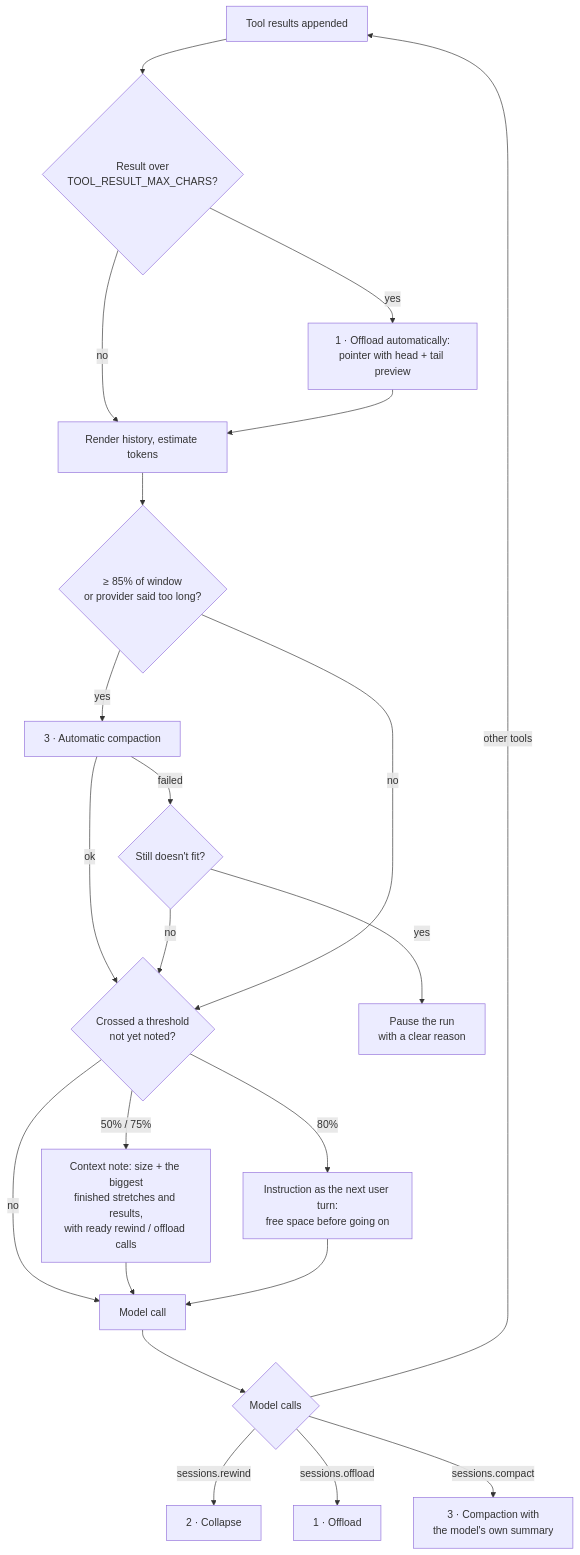
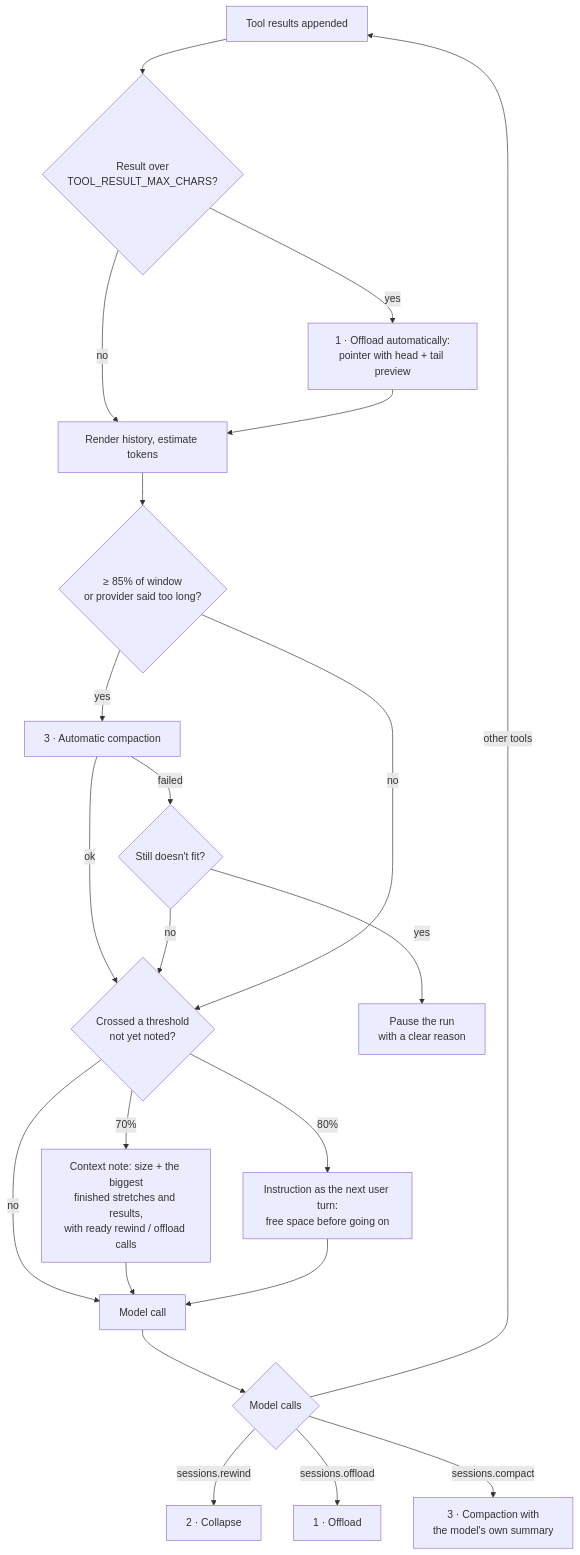
One commit to nemanjan00/meatless-proxy changed the seventh of 8 diagrams in CONTEXT.md. Above: the diagram before and after it, drawn with Mermaid. The commit also changed other lines of this file and 16 other files, not shown here.

````diff
--- a/CONTEXT.md
+++ b/CONTEXT.md
@@ -374,24 +398,24 @@
 ```mermaid
 flowchart TD
     A[Tool results appended] --> B{Result over<br/>TOOL_RESULT_MAX_CHARS?}
     B -- yes --> O1[1 · Offload automatically:<br/>pointer with head + tail preview]
     B -- no --> C
     O1 --> C[Render history, estimate tokens]
     C --> D{"≥ 85% of window<br/>or provider said too long?"}
     D -- yes --> E[3 · Automatic compaction]
     E -- ok --> F
     E -- failed --> G{Still doesn't fit?}
     G -- yes --> P[Pause the run<br/>with a clear reason]
     G -- no --> F
     D -- no --> F{Crossed a threshold<br/>not yet noted?}
-    F -- "50% / 75%" --> N[Context note: size + the biggest<br/>finished stretches and results,<br/>with ready rewind / offload calls]
+    F -- "70%" --> N[Context note: size + the biggest<br/>finished stretches and results,<br/>with ready rewind / offload calls]
     F -- "80%" --> NN[Instruction as the next user turn:<br/>free space before going on]
     F -- no --> M
     N --> M[Model call]
     NN --> M
     M --> T{Model calls}
     T -- "sessions.rewind" --> R[2 · Collapse]
     T -- "sessions.offload" --> O2[1 · Offload]
     T -- "sessions.compact" --> K[3 · Compaction with<br/>the model's own summary]
     T -- other tools --> A
 ```
````
